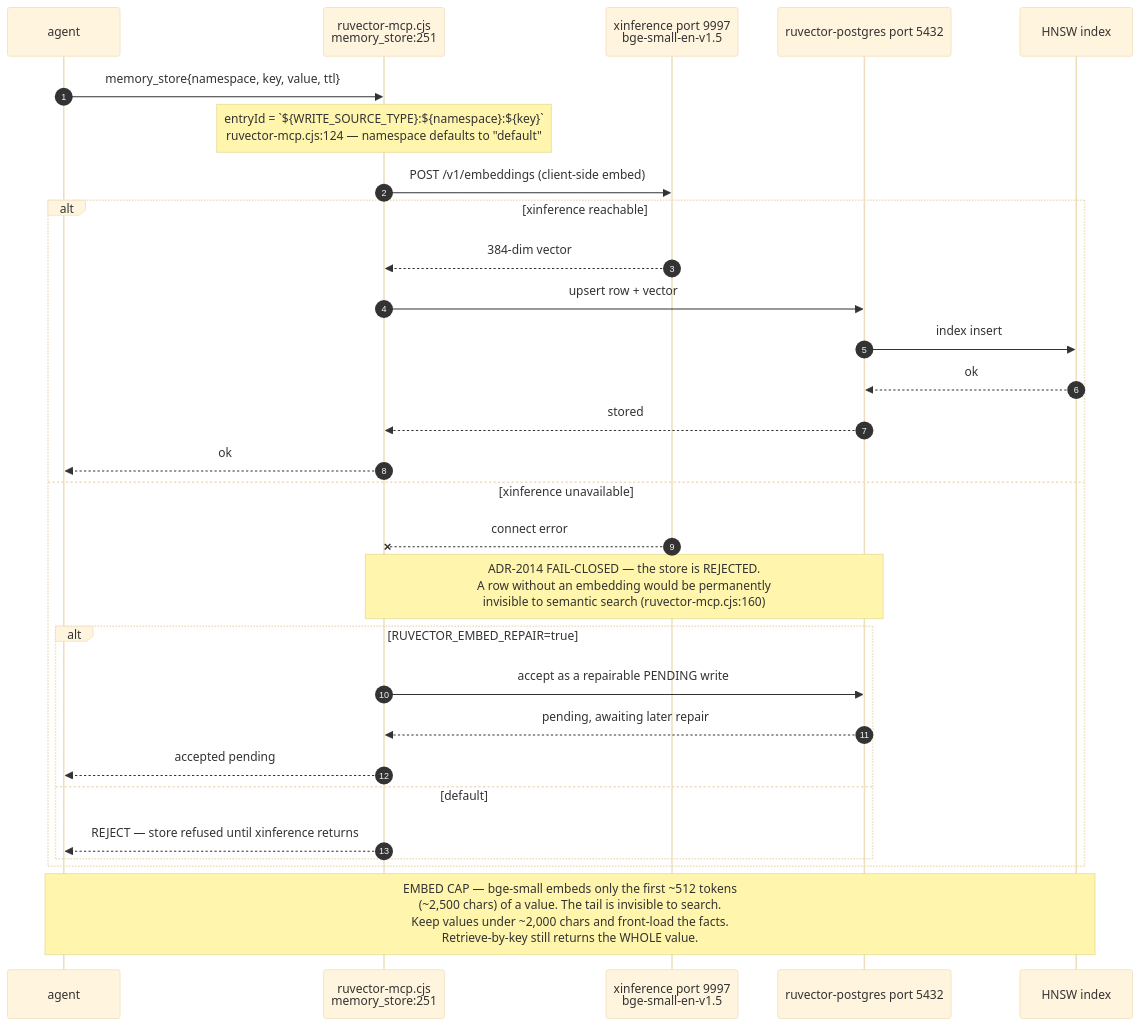
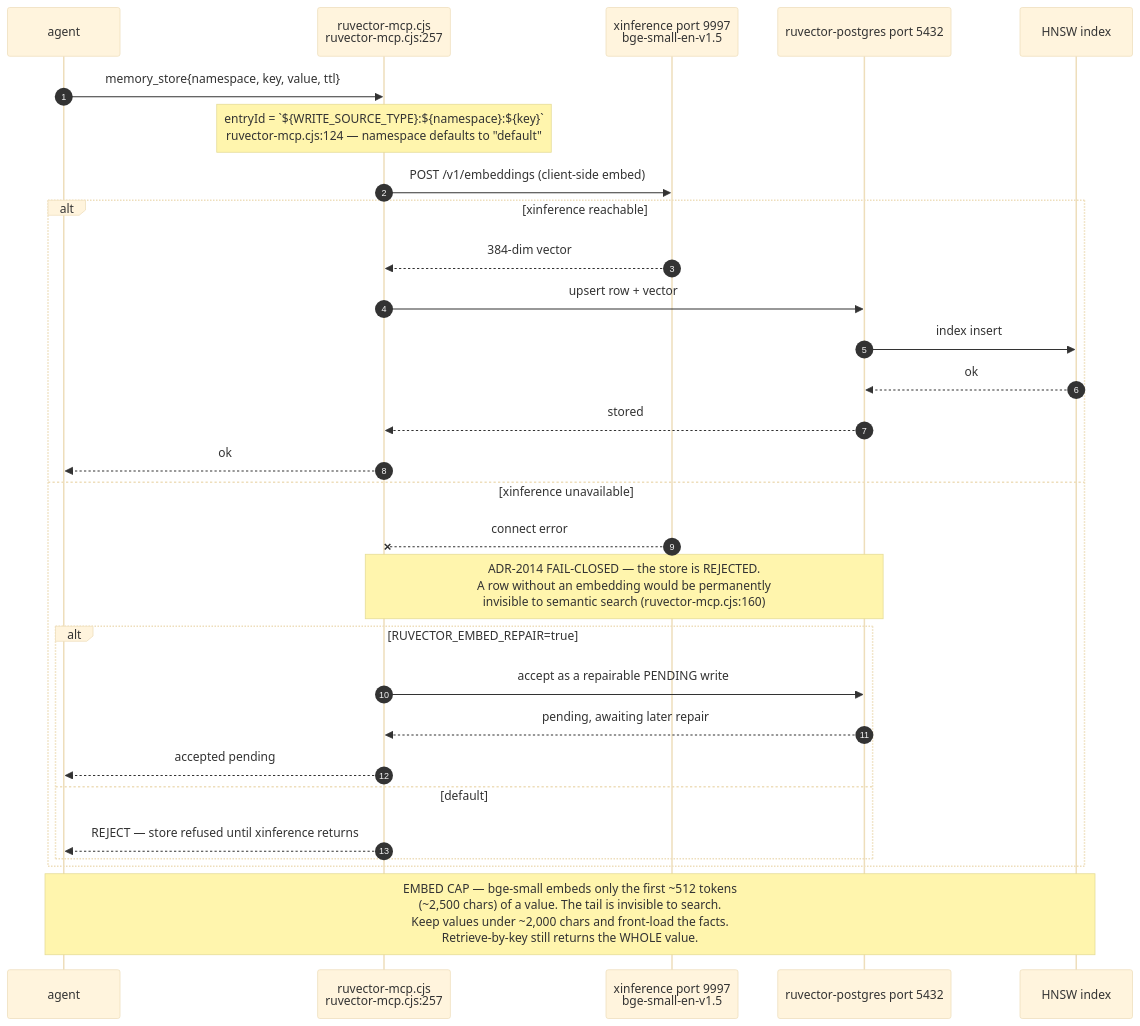
The second of 7 diagrams in docs/diagrams/estate/07-memory-and-embedding-estate.md (DreamLab-AI/VisionFlow), drawn with Mermaid (base theme) before and after one commit. The commit also changed other lines of this file and 9 other files, not shown here.

````diff
--- a/docs/diagrams/estate/07-memory-and-embedding-estate.md
+++ b/docs/diagrams/estate/07-memory-and-embedding-estate.md
@@ -81,32 +83,32 @@
 ```mermaid
 sequenceDiagram
     autonumber
     participant A as agent
-    participant M as ruvector-mcp.cjs<br/>memory_store:251
+    participant M as ruvector-mcp.cjs<br/>ruvector-mcp.cjs:257
     participant X as xinference port 9997<br/>bge-small-en-v1.5
     participant P as ruvector-postgres port 5432
     participant H as HNSW index
 
     A->>M: memory_store{namespace, key, value, ttl}
     Note over M: entryId = `${WRITE_SOURCE_TYPE}:${namespace}:${key}`<br/>ruvector-mcp.cjs:124 — namespace defaults to "default"
     M->>X: POST /v1/embeddings (client-side embed)
     alt xinference reachable
         X-->>M: 384-dim vector
         M->>P: upsert row + vector
         P->>H: index insert
         H-->>P: ok
         P-->>M: stored
         M-->>A: ok
     else xinference unavailable
         X--xM: connect error
         Note over M,P: ADR-2014 FAIL-CLOSED — the store is REJECTED.<br/>A row without an embedding would be permanently<br/>invisible to semantic search (ruvector-mcp.cjs:160)
         alt RUVECTOR_EMBED_REPAIR=true
             M->>P: accept as a repairable PENDING write
             P-->>M: pending, awaiting later repair
             M-->>A: accepted pending
         else default
             M-->>A: REJECT — store refused until xinference returns
         end
     end
     Note over A,H: EMBED CAP — bge-small embeds only the first ~512 tokens<br/>(~2,500 chars) of a value. The tail is invisible to search.<br/>Keep values under ~2,000 chars and front-load the facts.<br/>Retrieve-by-key still returns the WHOLE value.
 ```
````
